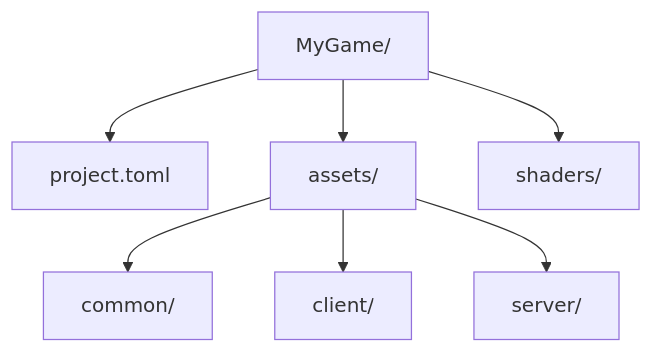
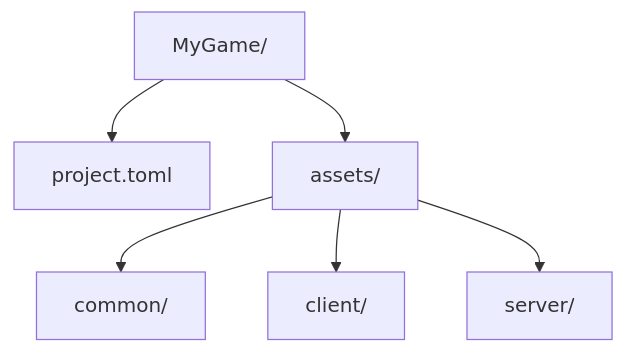
One commit to techattackteam/TechEngine-vault changed the diagram in 04 Design Docs/Systems/Project - Design.md. Above: the diagram before and after it, drawn with Mermaid. The commit also changed other lines of this file and 18 other files, not shown here.

````diff
--- a/04 Design Docs/Systems/Project - Design.md
+++ b/04 Design Docs/Systems/Project - Design.md
@@ -162,5 +164,5 @@
 ```mermaid
 flowchart TD
-  project["MyGame/"] --> manifest["project.toml"] & assets["assets/"] & shaders["shaders/"]
+  project["MyGame/"] --> manifest["project.toml"] & assets["assets/"]
   assets --> common["common/"] & client["client/"] & server["server/"]
 ```
````
